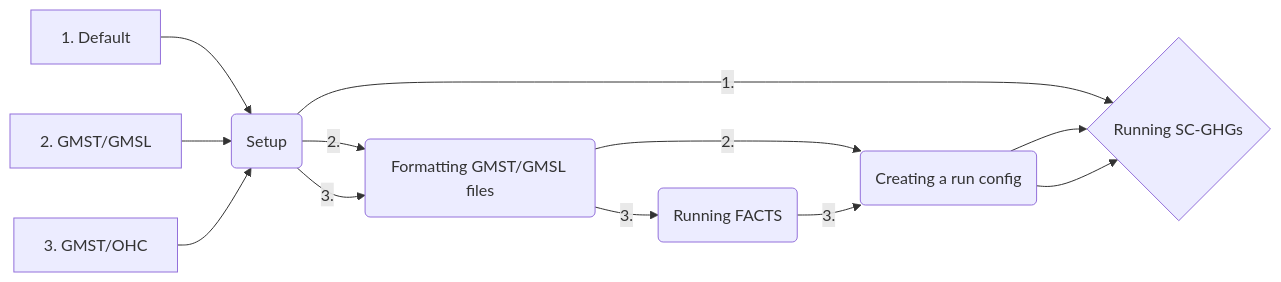
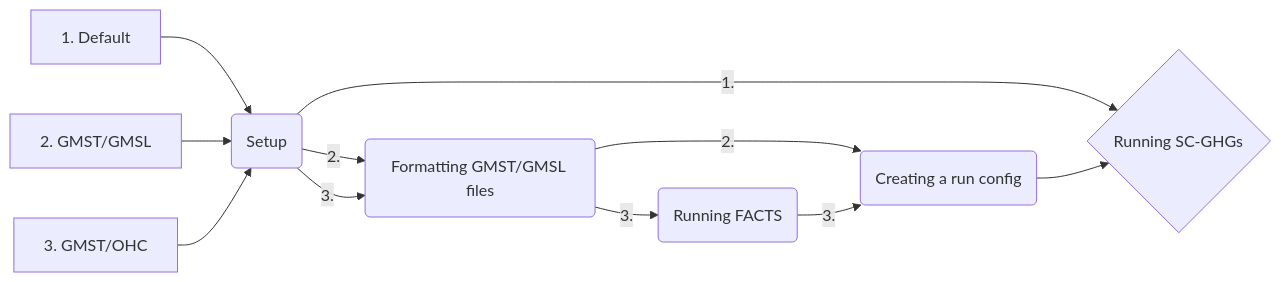
Before and after one commit to ClimateImpactLab/dscim-facts-epa: the diagram in README.md, drawn with Mermaid. The commit also changed other lines of this file, not shown here.

Commit message:
Update flowchart

````diff
--- a/README.md
+++ b/README.md
@@ -15,17 +15,16 @@
 ```mermaid
 flowchart LR
 
 A[1. Default] --> D(Setup)
 D --> |1.| E{Running SC-GHGs}
 
 B[2. GMST/GMSL] --> D(Setup)
 D --> |2.| F(Formatting GMST/GMSL files)
 F --> |2.| H(Creating a run config)
-H --> E{Running SC-GHGs}
 
 C[3. GMST/OHC] --> D(Setup)
 D --> |3.| F(Formatting GMST/GMSL files)
 F --> |3.| G(Running FACTS)
 G --> |3.| H(Creating a run config)
 H --> E{Running SC-GHGs}
 ```
````
